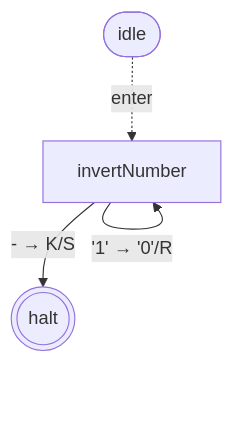
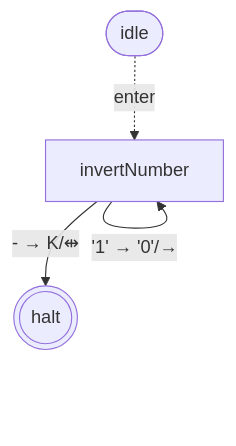
The third of 4 diagrams in packages/library-binary-numbers-bare/states.md (mellonis/turing-machine-js), drawn with Mermaid before and after one commit. The commit also changed other lines of this file and 6 other files, not shown here.

````diff
--- a/packages/library-binary-numbers-bare/states.md
+++ b/packages/library-binary-numbers-bare/states.md
@@ -45,11 +45,11 @@
 ```mermaid
 flowchart TD
 %% alphabets: [[" ","0","1"]]
   s0(((halt)))
   s5["invertNumber"]
   idle([idle])
   idle -. enter .-> s5
-  s5 -- "'0' → '1'/R" --> s5
-  s5 -- "'1' → '0'/R" --> s5
-  s5 -- "- → K/S" --> s0
+  s5 -- "'0' → '1'/→" --> s5
+  s5 -- "'1' → '0'/→" --> s5
+  s5 -- "- → K/⇹" --> s0
 ```
````
